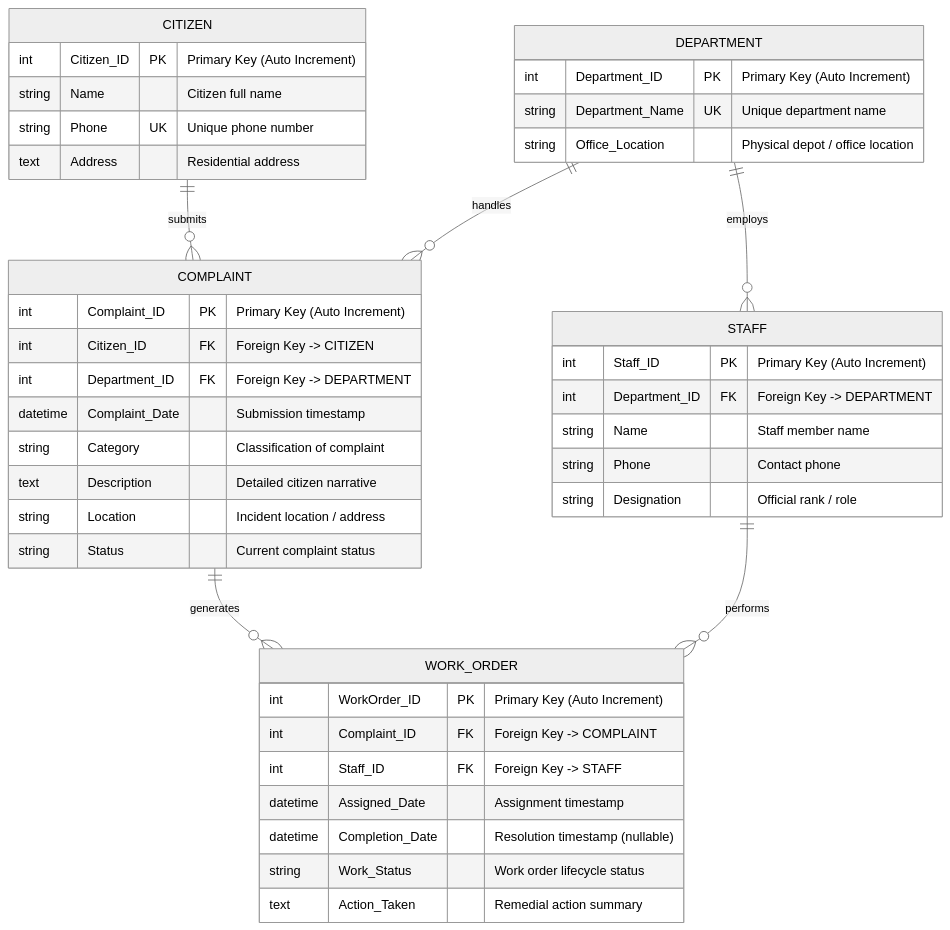
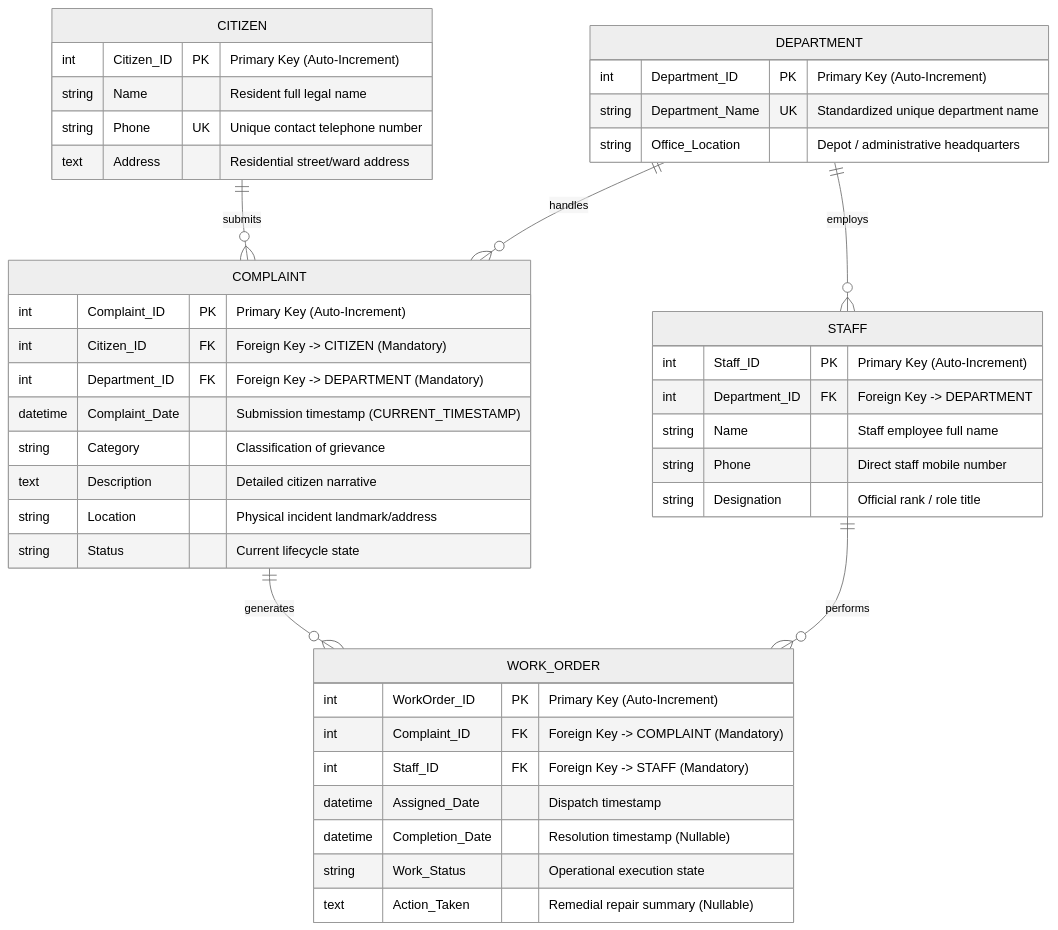
One commit to Arish026/municipal-complaint-system changed the first of 4 diagrams in docs/diagrams/erd.md. Above: the diagram before and after it, drawn with Mermaid (neutral theme). The commit also changed other lines of this file and 5 other files, not shown here.

Commit message:
docs(diagrams): align ERD, DFD L0-L2, and Semantic Net with Dr. S. M. Khalid Chapter 4 standards

````diff
--- a/docs/diagrams/erd.md
+++ b/docs/diagrams/erd.md
@@ -11,50 +15,50 @@
 ```mermaid
 erDiagram
     CITIZEN ||--o{ COMPLAINT : "submits"
     DEPARTMENT ||--o{ COMPLAINT : "handles"
     DEPARTMENT ||--o{ STAFF : "employs"
     STAFF ||--o{ WORK_ORDER : "performs"
     COMPLAINT ||--o{ WORK_ORDER : "generates"
 
     CITIZEN {
-        int Citizen_ID PK "Primary Key (Auto Increment)"
-        string Name "Citizen full name"
-        string Phone UK "Unique phone number"
-        text Address "Residential address"
+        int Citizen_ID PK "Primary Key (Auto-Increment)"
+        string Name "Resident full legal name"
+        string Phone UK "Unique contact telephone number"
+        text Address "Residential street/ward address"
     }
 
     DEPARTMENT {
-        int Department_ID PK "Primary Key (Auto Increment)"
-        string Department_Name UK "Unique department name"
-        string Office_Location "Physical depot / office location"
+        int Department_ID PK "Primary Key (Auto-Increment)"
+        string Department_Name UK "Standardized unique department name"
+        string Office_Location "Depot / administrative headquarters"
     }
 
     STAFF {
-        int Staff_ID PK "Primary Key (Auto Increment)"
+        int Staff_ID PK "Primary Key (Auto-Increment)"
         int Department_ID FK "Foreign Key -> DEPARTMENT"
-        string Name "Staff member name"
-        string Phone "Contact phone"
-        string Designation "Official rank / role"
+        string Name "Staff employee full name"
+        string Phone "Direct staff mobile number"
+        string Designation "Official rank / role title"
     }
 
     COMPLAINT {
-        int Complaint_ID PK "Primary Key (Auto Increment)"
-        int Citizen_ID FK "Foreign Key -> CITIZEN"
-        int Department_ID FK "Foreign Key -> DEPARTMENT"
-        datetime Complaint_Date "Submission timestamp"
-        string Category "Classification of complaint"
+        int Complaint_ID PK "Primary Key (Auto-Increment)"
+        int Citizen_ID FK "Foreign Key -> CITIZEN (Mandatory)"
+        int Department_ID FK "Foreign Key -> DEPARTMENT (Mandatory)"
+        datetime Complaint_Date "Submission timestamp (CURRENT_TIMESTAMP)"
+        string Category "Classification of grievance"
         text Description "Detailed citizen narrative"
-        string Location "Incident location / address"
-        string Status "Current complaint status"
+        string Location "Physical incident landmark/address"
+        string Status "Current lifecycle state"
     }
 
     WORK_ORDER {
-        int WorkOrder_ID PK "Primary Key (Auto Increment)"
-        int Complaint_ID FK "Foreign Key -> COMPLAINT"
-        int Staff_ID FK "Foreign Key -> STAFF"
-        datetime Assigned_Date "Assignment timestamp"
-        datetime Completion_Date "Resolution timestamp (nullable)"
-        string Work_Status "Work order lifecycle status"
-        text Action_Taken "Remedial action summary"
+        int WorkOrder_ID PK "Primary Key (Auto-Increment)"
+        int Complaint_ID FK "Foreign Key -> COMPLAINT (Mandatory)"
+        int Staff_ID FK "Foreign Key -> STAFF (Mandatory)"
+        datetime Assigned_Date "Dispatch timestamp"
+        datetime Completion_Date "Resolution timestamp (Nullable)"
+        string Work_Status "Operational execution state"
+        text Action_Taken "Remedial repair summary (Nullable)"
     }
 ```
````
